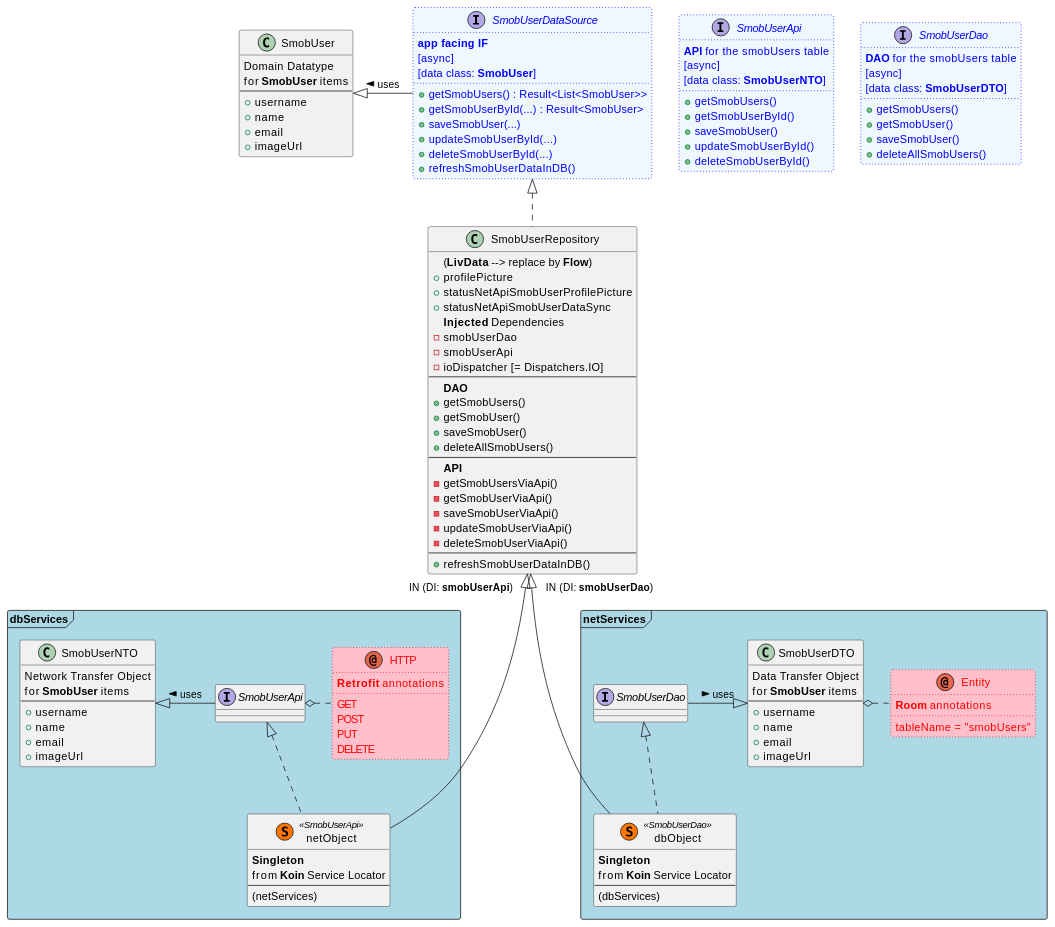
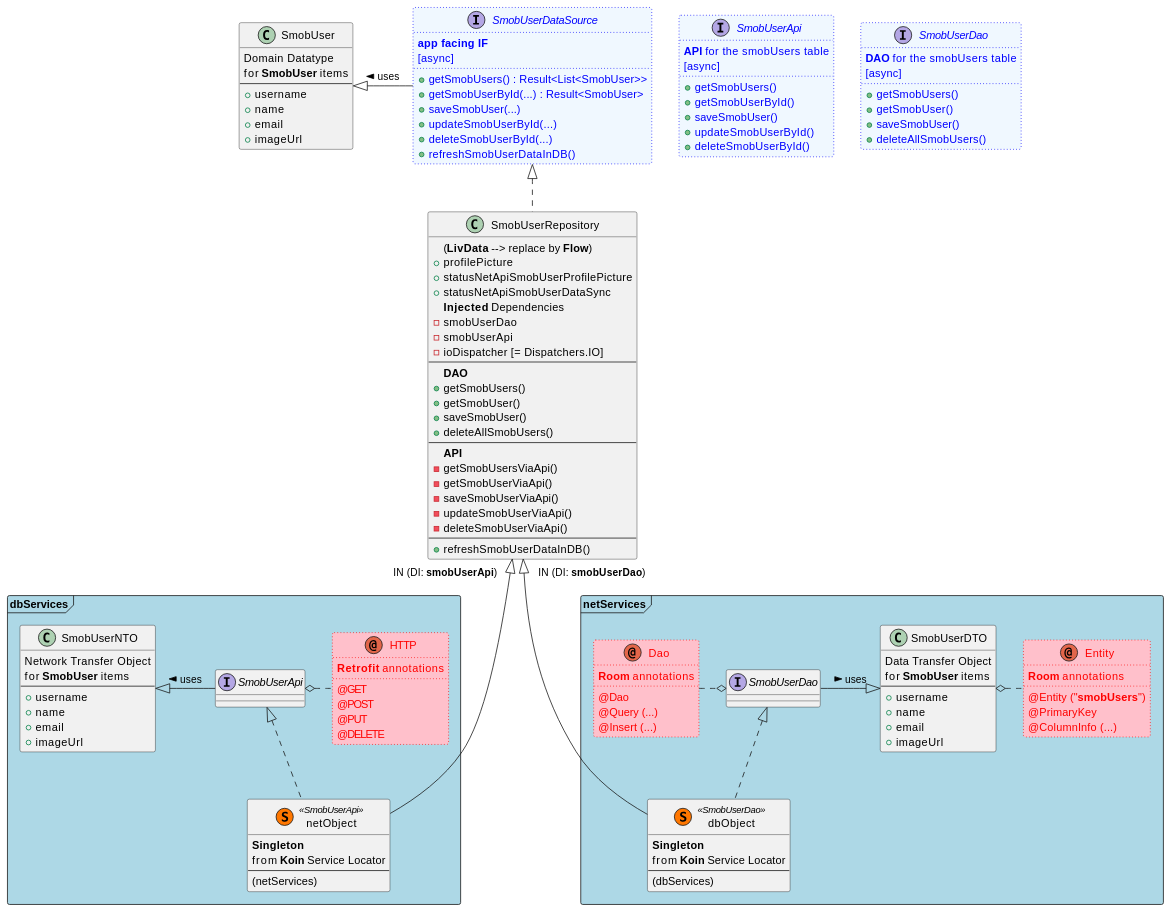
Before and after one commit to fwornle/ShopMob: the diagram in doc/puml/smobUserRepository.md, drawn with PlantUML.

Commit message:
Annotations for SmobUserRepository UML diagram

```diff
--- a/doc/puml/smobUserRepository.md
+++ b/doc/puml/smobUserRepository.md
@@ -48,10 +48,10 @@
 
     annotation HTTP #pink;line:red;line.dotted;text:red {
        **Retrofit** annotations
-       {method} GET
-       {method} POST
-       {method} PUT
-       {method} DELETE
+       {method} @GET
+       {method} @POST
+       {method} @PUT
+       {method} @DELETE
     }
     
     
@@ -80,17 +80,27 @@
     
     annotation Entity #pink;line:red;line.dotted;text:red {
        **Room** annotations
-       {method} tableName = "smobUsers"
+       {method} @Entity ("**smobUsers**")
+       {method} @PrimaryKey
+       {method} @ColumnInfo (...)
     }
     
     SmobUserDTO o-right. Entity
+
+    annotation Dao #pink;line:red;line.dotted;text:red {
+       **Room** annotations
+       {method} @Dao
+       {method} @Query (...)
+       {method} @Insert (...)
+    }
+    
+    SmobUserDao o-left. Dao
 
 }
 
 interface SmobUserApi #aliceblue;line:blue;line.dotted;text:blue {
   **API** for the smobUsers table
   [async]
-  [data class: **SmobUserNTO**]
   +getSmobUsers()
   +getSmobUserById()
   +saveSmobUser()
@@ -101,7 +111,6 @@
 interface SmobUserDao #aliceblue;line:blue;line.dotted;text:blue {
   **DAO** for the smobUsers table
   [async]
-  [data class: **SmobUserDTO**]
   +getSmobUsers()
   +getSmobUser()
   +saveSmobUser()
@@ -111,7 +120,6 @@
 interface SmobUserDataSource #aliceblue;line:blue;line.dotted;text:blue {
   **app facing IF**
   [async]
-  [data class: **SmobUser**]
   +getSmobUsers() : Result<List<SmobUser>>
   +getSmobUserById(...) : Result<SmobUser>
   +saveSmobUser(...)
```
